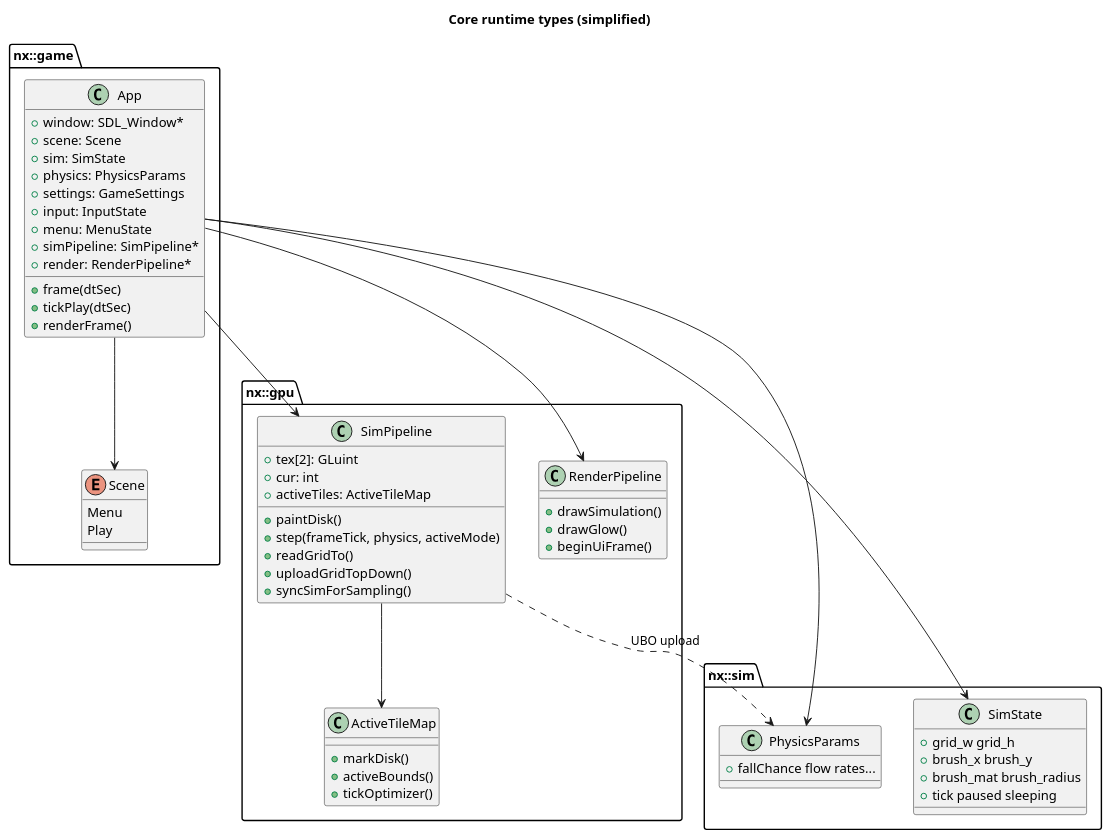
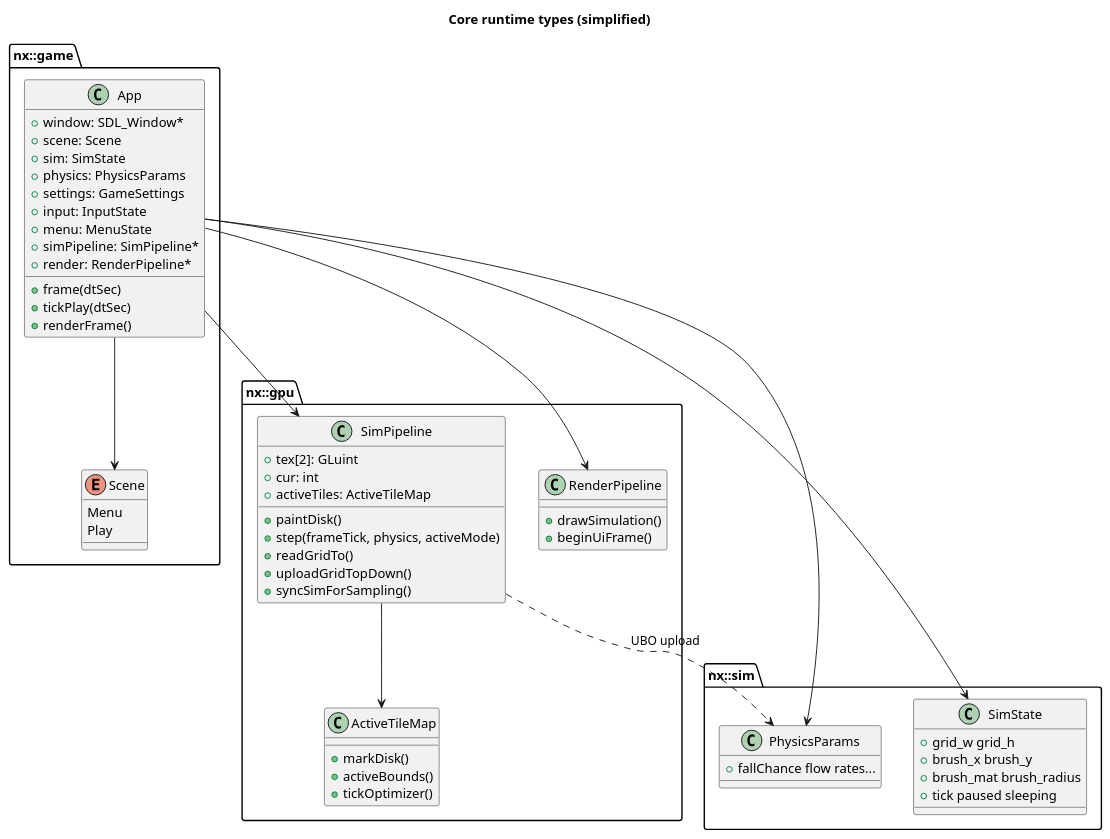
The diagram in docs/diagrams/core-runtime-classes.puml (antoinebou12/nxsand), drawn with PlantUML before and after one commit. The commit also changed 49 other files, not shown here.

```diff
--- a/docs/diagrams/core-runtime-classes.puml
+++ b/docs/diagrams/core-runtime-classes.puml
@@ -1,67 +1,66 @@
 @startuml core-runtime-classes
 title Core runtime types (simplified)
 package "nx::game" {
   class App {
     +window: SDL_Window*
     +scene: Scene
     +sim: SimState
     +physics: PhysicsParams
     +settings: GameSettings
     +input: InputState
     +menu: MenuState
     +simPipeline: SimPipeline*
     +render: RenderPipeline*
     +frame(dtSec)
     +tickPlay(dtSec)
     +renderFrame()
   }
   enum Scene {
     Menu
     Play
   }
 }
 
 package "nx::gpu" {
   class SimPipeline {
     +tex[2]: GLuint
     +cur: int
     +activeTiles: ActiveTileMap
     +paintDisk()
     +step(frameTick, physics, activeMode)
     +readGridTo()
     +uploadGridTopDown()
     +syncSimForSampling()
   }
   class RenderPipeline {
     +drawSimulation()
-    +drawGlow()
     +beginUiFrame()
   }
   class ActiveTileMap {
     +markDisk()
     +activeBounds()
     +tickOptimizer()
   }
 }
 
 package "nx::sim" {
   class SimState {
     +grid_w grid_h
     +brush_x brush_y
     +brush_mat brush_radius
     +tick paused sleeping
   }
   class PhysicsParams {
     +fallChance flow rates...
   }
 }
 
 App --> SimPipeline
 App --> RenderPipeline
 App --> SimState
 App --> PhysicsParams
 App --> Scene
 SimPipeline --> ActiveTileMap
 SimPipeline ..> PhysicsParams : UBO upload
 
 @enduml
```
